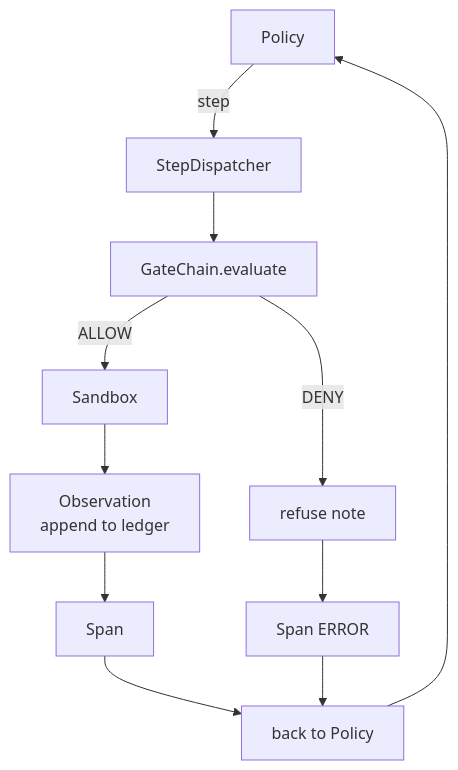
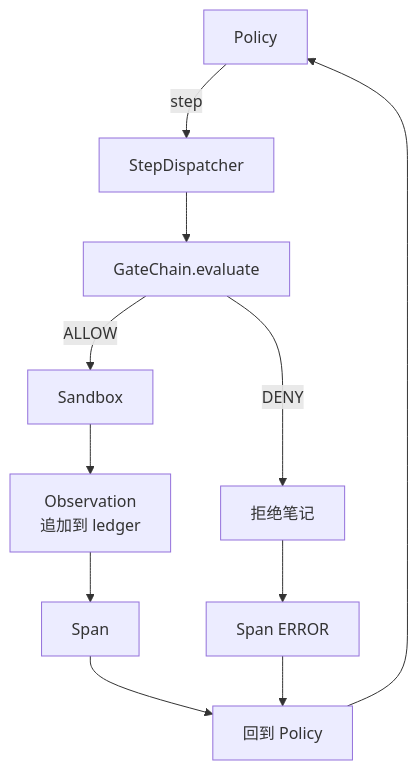
Before and after one commit to alessandrodinisio-ai/ai-engineering-learning-framework: the second of 2 diagrams in phases/19-capstone-projects/29-end-to-end-coding-task-demo/docs/zh.md, drawn with Mermaid. The commit also changed other lines of this file and 120 other files, not shown here.

First line of the commit message:
i18n(mermaid): 337 个 mermaid 图表标签中文化

````diff
--- a/phases/19-capstone-projects/29-end-to-end-coding-task-demo/docs/zh.md
+++ b/phases/19-capstone-projects/29-end-to-end-coding-task-demo/docs/zh.md
@@ -50,13 +50,13 @@
 ```mermaid
 flowchart TD
   Policy -->|step| Dispatcher[StepDispatcher]
   Dispatcher --> Gate[GateChain.evaluate]
   Gate -->|ALLOW| Sandbox
-  Gate -->|DENY| Refuse[refuse note]
-  Sandbox --> Obs[Observation<br/>append to ledger]
+  Gate -->|DENY| Refuse[拒绝笔记]
+  Sandbox --> Obs[Observation<br/>追加到 ledger]
   Obs --> Span
   Refuse --> SpanErr[Span ERROR]
-  Span --> Back[back to Policy]
+  Span --> Back[回到 Policy]
   SpanErr --> Back
   Back --> Policy
 ```
````
